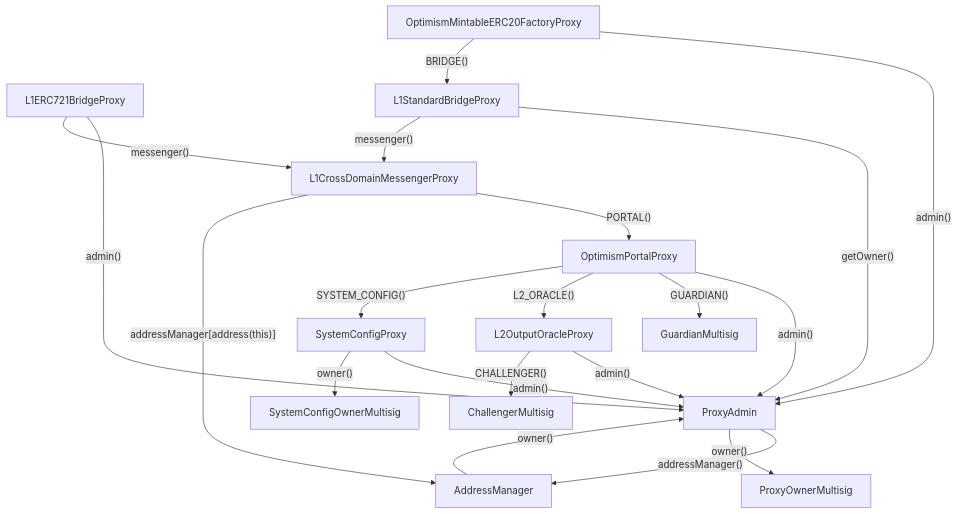
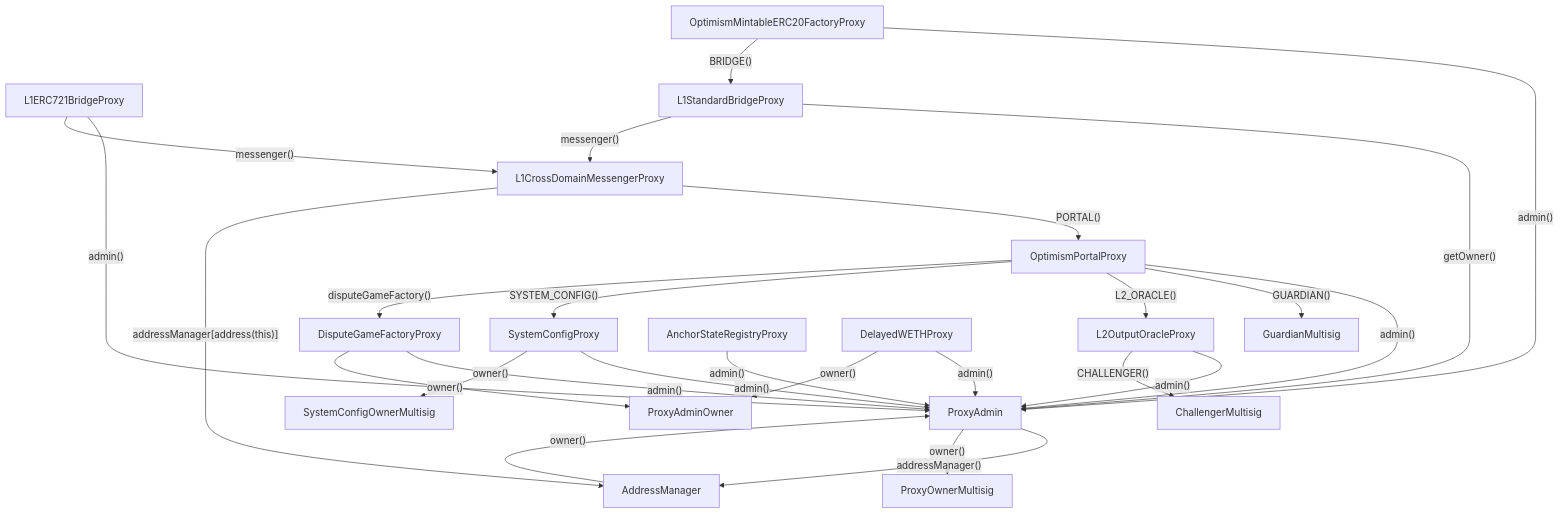
Before and after one commit to ethereum-optimism/superchain-registry: the diagram in README.md, drawn with Mermaid. The commit also changed other lines of this file and 3 other files, not shown here.

````diff
--- a/README.md
+++ b/README.md
@@ -77,31 +79,39 @@
 ``` mermaid
 graph TD
   L1ERC721BridgeProxy -- "admin()" --> ProxyAdmin
   L1ERC721BridgeProxy -- "messenger()" --> L1CrossDomainMessengerProxy
 
   OptimismMintableERC20FactoryProxy -- "admin()" --> ProxyAdmin
   OptimismMintableERC20FactoryProxy -- "BRIDGE()" --> L1StandardBridgeProxy
 
   ProxyAdmin -- "addressManager()" --> AddressManager
   ProxyAdmin -- "owner()" --> ProxyOwnerMultisig
 
   L1CrossDomainMessengerProxy -- "PORTAL()" --> OptimismPortalProxy
   L1CrossDomainMessengerProxy -- "addressManager[address(this)]" --> AddressManager
 
   L1StandardBridgeProxy -- "getOwner()" -->  ProxyAdmin
   L1StandardBridgeProxy -- "messenger()" --> L1CrossDomainMessengerProxy
 
   AddressManager -- "owner()" -->  ProxyAdmin
 
   OptimismPortalProxy -- "admin()" --> ProxyAdmin
   OptimismPortalProxy -- "GUARDIAN()" --> GuardianMultisig
   OptimismPortalProxy -- "L2_ORACLE()" --> L2OutputOracleProxy
   OptimismPortalProxy -- "SYSTEM_CONFIG()" --> SystemConfigProxy
+  OptimismPortalProxy -- "disputeGameFactory()" --> DisputeGameFactoryProxy
 
   L2OutputOracleProxy -- "admin()" --> ProxyAdmin
   L2OutputOracleProxy -- "CHALLENGER()" --> ChallengerMultisig
 
   SystemConfigProxy -- "admin()" --> ProxyAdmin
   SystemConfigProxy -- "owner()" --> SystemConfigOwnerMultisig
 
+  DisputeGameFactoryProxy -- "admin()" --> ProxyAdmin
+  DisputeGameFactoryProxy -- "owner()" --> ProxyAdminOwner
+
+  AnchorStateRegistryProxy -- "admin()" --> ProxyAdmin
+
+  DelayedWETHProxy -- "admin()" --> ProxyAdmin
+  DelayedWETHProxy -- "owner()" --> ProxyAdminOwner
 ```
````
